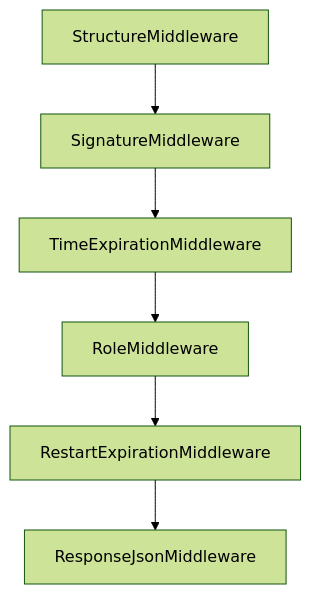
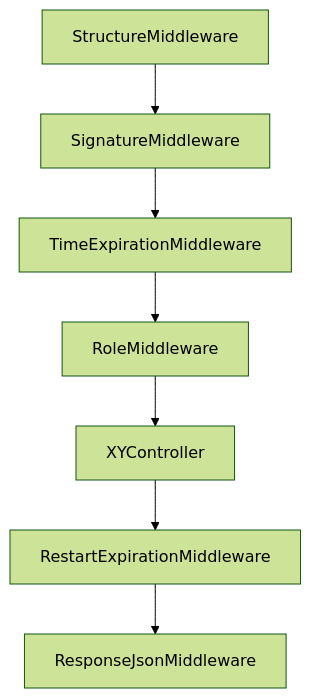
The diagram in Backend/README.md (AleksandarTulic/User-Manager), drawn with Mermaid (forest theme) before and after one commit. The commit also changed other lines of this file, not shown here.

````diff
--- a/Backend/README.md
+++ b/Backend/README.md
@@ -43,8 +43,9 @@
 ```mermaid
 graph TD;
   StructureMiddleware-->SignatureMiddleware;
   SignatureMiddleware-->TimeExpirationMiddleware;
   TimeExpirationMiddleware-->RoleMiddleware;
-  RoleMiddleware-->RestartExpirationMiddleware;
+  RoleMiddleware-->XYController;
+  XYController-->RestartExpirationMiddleware;
   RestartExpirationMiddleware-->ResponseJsonMiddleware;
 ```
````
